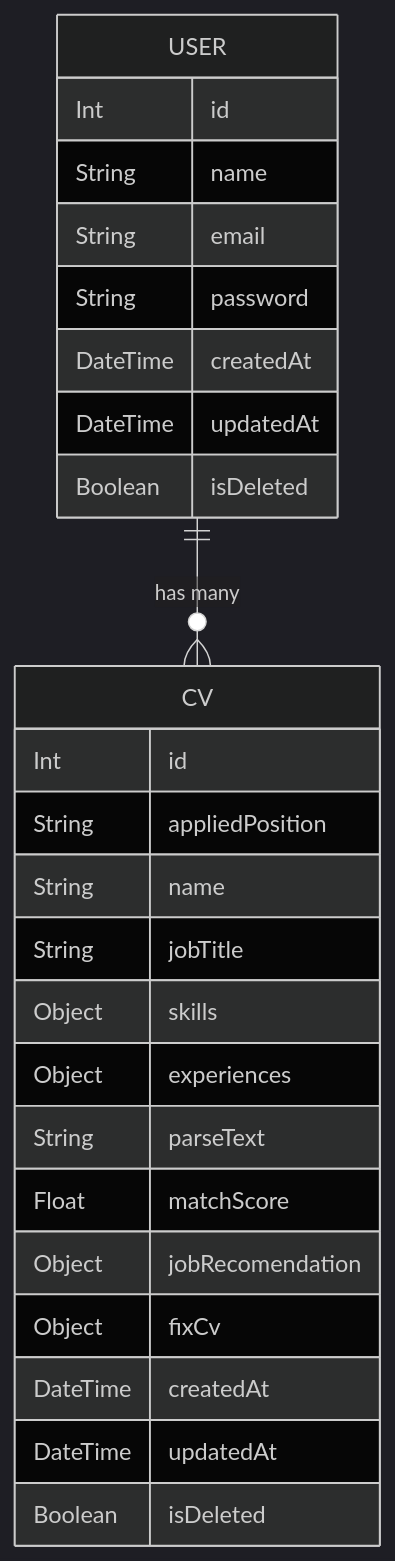
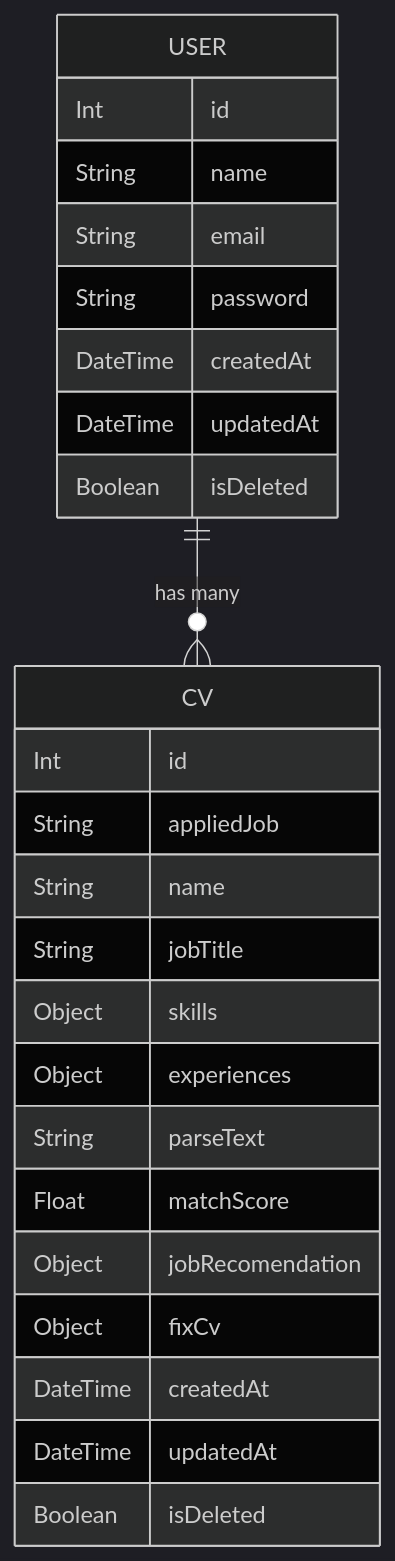
The second of 2 diagrams in README.md (christian-siahaan26/be-dicoding-cv), drawn with Mermaid (dark theme) before and after one commit. The commit also changed other lines of this file, not shown here.

````diff
--- a/README.md
+++ b/README.md
@@ -99,30 +99,30 @@
 ```mermaid
 erDiagram
     USER {
         Int id
         String name
         String email
         String password
         DateTime createdAt
         DateTime updatedAt
         Boolean isDeleted
     }
 
     CV {
         Int id
-        String appliedPosition
+        String appliedJob
         String name
         String jobTitle
         Object skills
         Object experiences
         String parseText
         Float matchScore
         Object jobRecomendation
         Object fixCv
         DateTime createdAt
         DateTime updatedAt
         Boolean isDeleted
     }
 
     USER ||--o{ CV : "has many"
 ```
````
